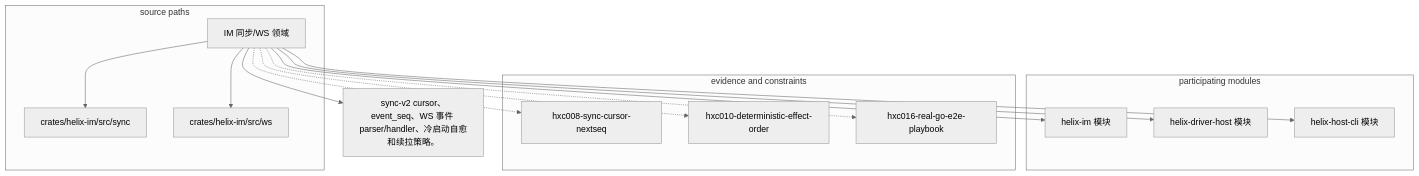
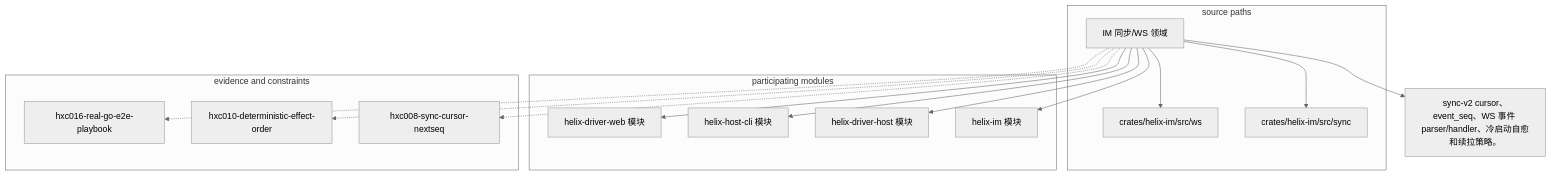
The diagram in .agents/diagrams/domains/im-sync.mmd (zxs1633079383/helix), drawn with Mermaid (neutral theme) before and after one commit. The commit also changed 45 other files, not shown here.

First line of the commit message:
refactor(driver-web): 删除历史 wasm 驱动骨架

```diff
--- a/.agents/diagrams/domains/im-sync.mmd
+++ b/.agents/diagrams/domains/im-sync.mmd
@@ -1,26 +1,28 @@
 flowchart TB
   D["IM 同步/WS 领域"]
   S["sync-v2 cursor、event_seq、WS 事件 parser/handler、冷启动自愈和续拉策略。"]
   D --> S
   subgraph Sources["source paths"]
     P0["crates/helix-im/src/sync"]
     D --> P0
     P1["crates/helix-im/src/ws"]
     D --> P1
   end
   subgraph Modules["participating modules"]
     M0["helix-im 模块"]
     D --> M0
     M1["helix-driver-host 模块"]
     D --> M1
     M2["helix-host-cli 模块"]
     D --> M2
+    M3["helix-driver-web 模块"]
+    D --> M3
   end
   subgraph Gates["evidence and constraints"]
     C0["hxc008-sync-cursor-nextseq"]
     D -.-> C0
     C1["hxc010-deterministic-effect-order"]
     D -.-> C1
     C2["hxc016-real-go-e2e-playbook"]
     D -.-> C2
   end
```
